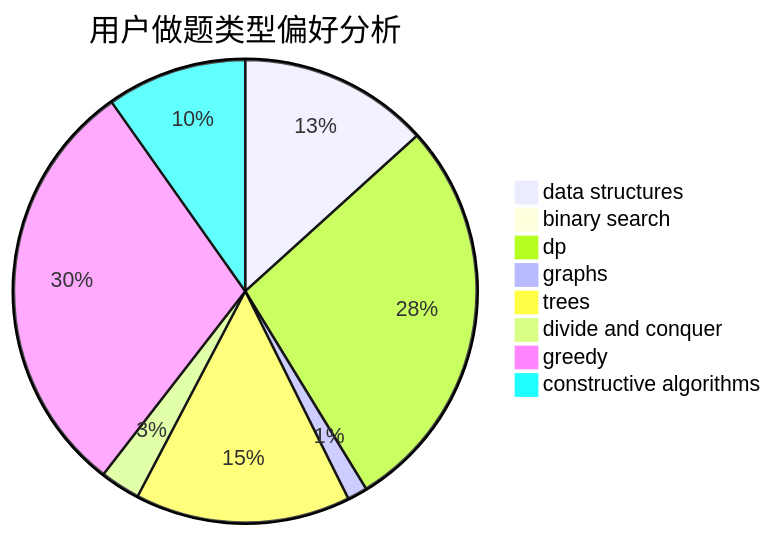
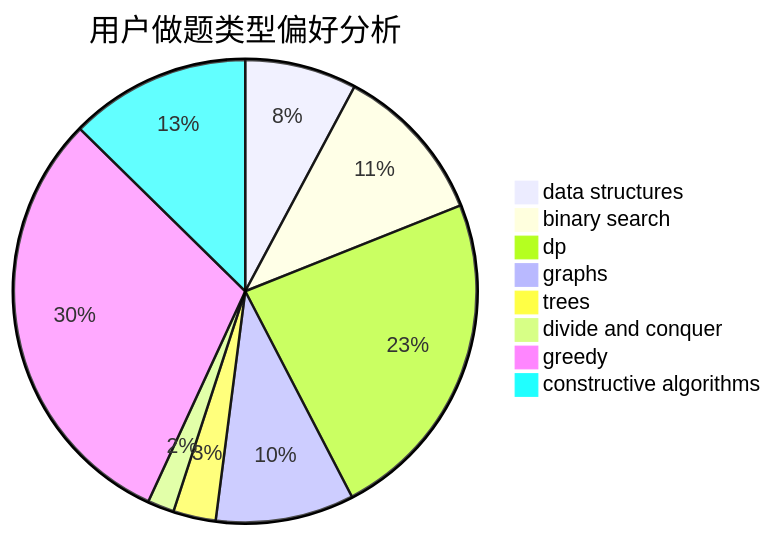
The second of 3 diagrams in docs/user/u1032.md (sherpahu/cfrs.github.io), drawn with Mermaid before and after one commit. The commit also changed other lines of this file and 2770 other files, not shown here.

````diff
--- a/docs/user/u1032.md
+++ b/docs/user/u1032.md
@@ -23,11 +23,11 @@
 ```mermaid
 pie title 用户做题类型偏好分析
-    "data structures" :  38
-    "binary search" :  0
-    "dp" :  80
-    "graphs" :  4
-    "trees" :  43
-    "divide and conquer" :  8
-    "greedy" :  85
-    "constructive algorithms" :  28
+    "data structures" :  21
+    "binary search" :  30
+    "dp" :  63
+    "graphs" :  26
+    "trees" :  8
+    "divide and conquer" :  5
+    "greedy" :  82
+    "constructive algorithms" :  34
 ```
````
